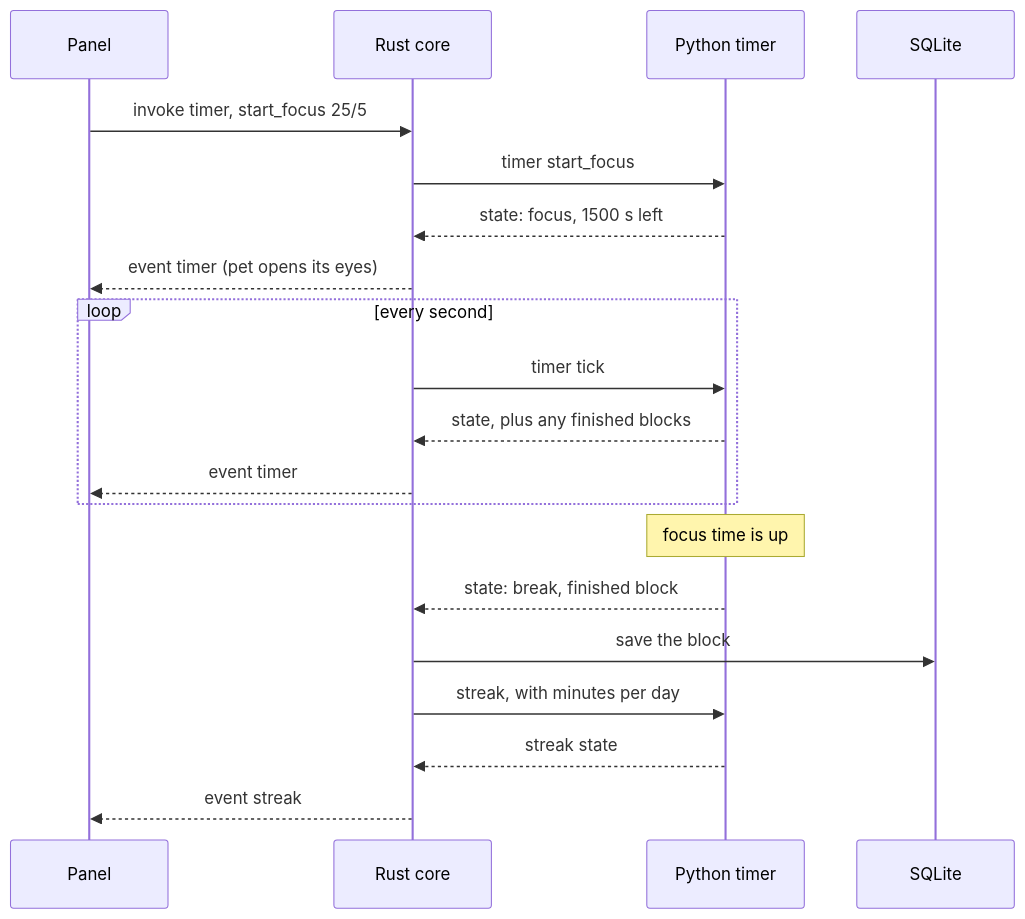
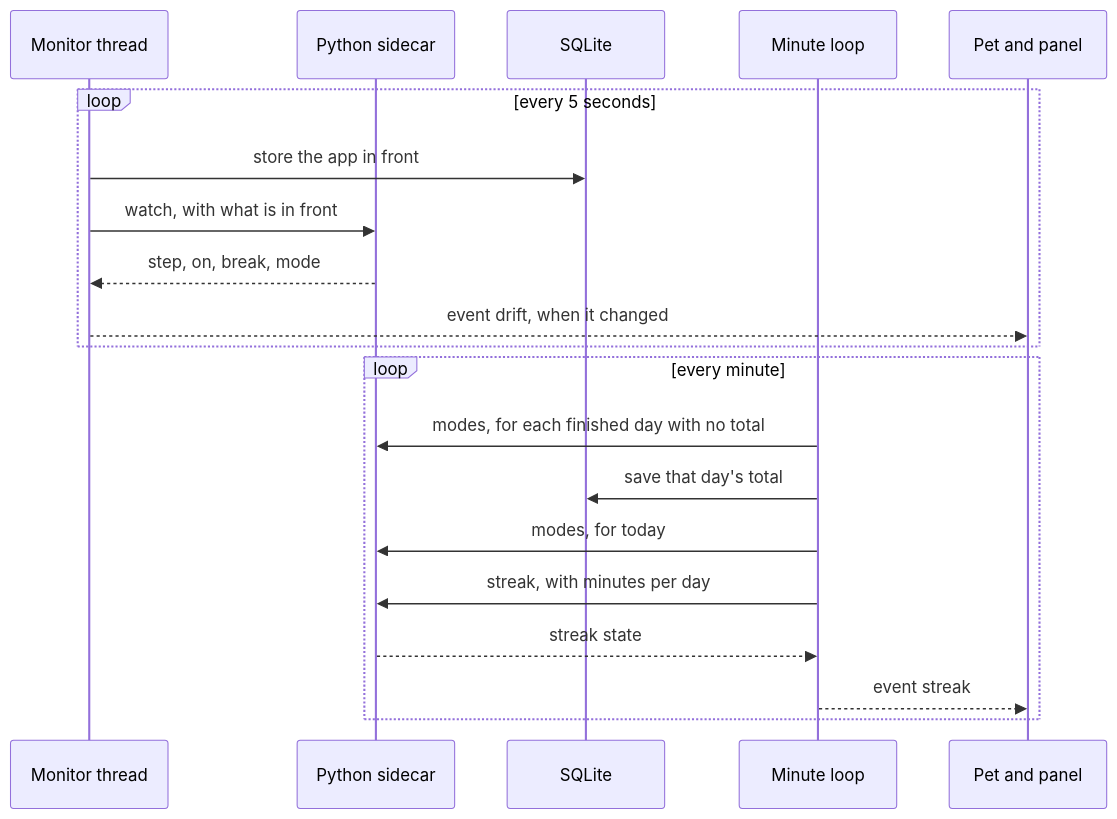
The second of 4 diagrams in docs/ARCHITECTURE.md (victornguyen7/Study-Pet), drawn with Mermaid before and after one commit. The commit also changed other lines of this file and 7 other files, not shown here.

````diff
--- a/docs/ARCHITECTURE.md
+++ b/docs/ARCHITECTURE.md
@@ -89,22 +90,22 @@
 ```mermaid
 sequenceDiagram
-    participant U as Panel
-    participant R as Rust core
-    participant P as Python timer
+    participant M as Monitor thread
+    participant P as Python sidecar
     participant D as SQLite
-    U->>R: invoke timer, start_focus 25/5
-    R->>P: timer start_focus
-    P-->>R: state: focus, 1500 s left
-    R-->>U: event timer (pet opens its eyes)
-    loop every second
-        R->>P: timer tick
-        P-->>R: state, plus any finished blocks
-        R-->>U: event timer
+    participant R as Minute loop
+    participant U as Pet and panel
+    loop every 5 seconds
+        M->>D: store the app in front
+        M->>P: watch, with what is in front
+        P-->>M: step, on, break, mode
+        M-->>U: event drift, when it changed
     end
-    Note over P: focus time is up
-    P-->>R: state: break, finished block
-    R->>D: save the block
-    R->>P: streak, with minutes per day
-    P-->>R: streak state
-    R-->>U: event streak
+    loop every minute
+        R->>P: modes, for each finished day with no total
+        R->>D: save that day's total
+        R->>P: modes, for today
+        R->>P: streak, with minutes per day
+        P-->>R: streak state
+        R-->>U: event streak
+    end
 ```
````
